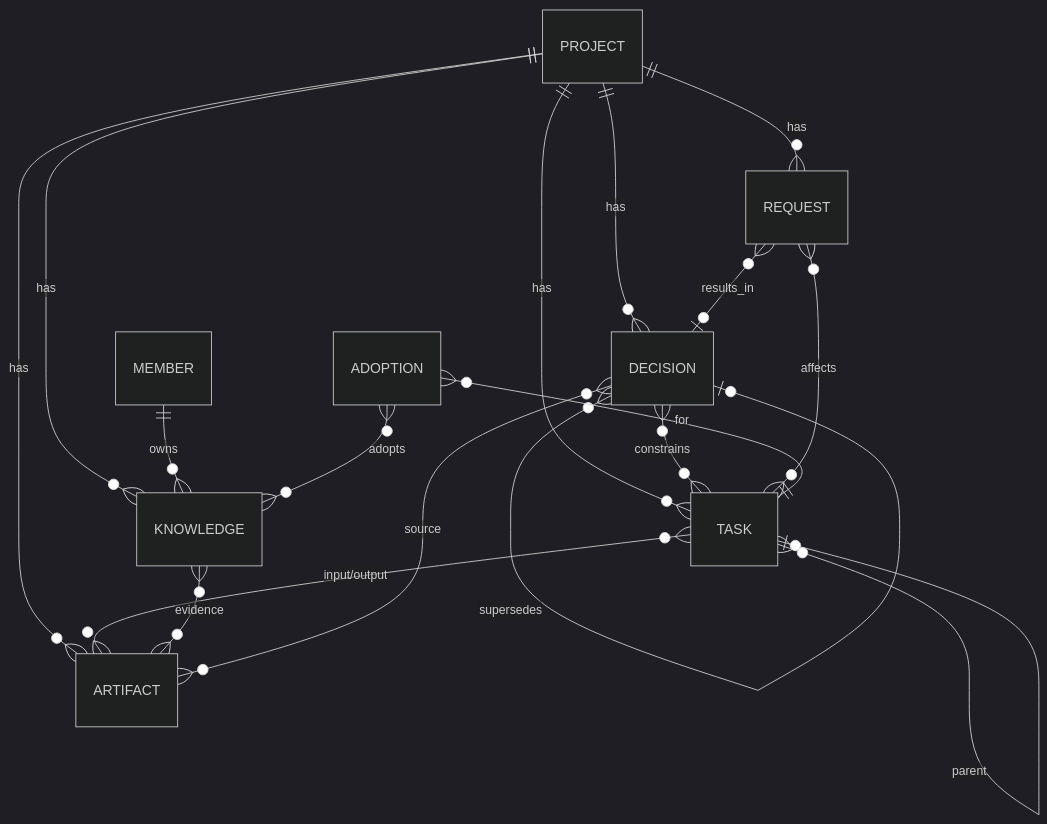
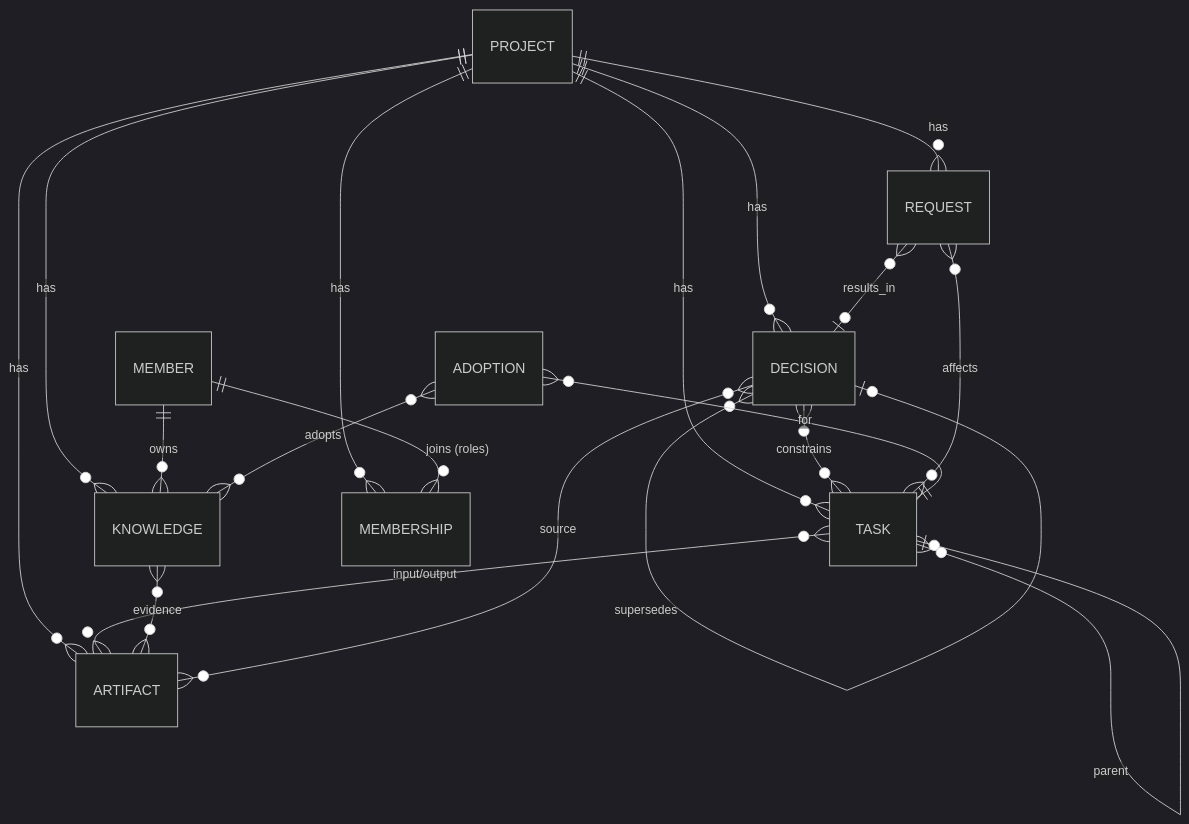
The second of 3 diagrams in docs/requirements.md (TomokiIshimine/act-teamwork), drawn with Mermaid (dark theme) before and after one commit. The commit also changed other lines of this file, not shown here.

````diff
--- a/docs/requirements.md
+++ b/docs/requirements.md
@@ -244,19 +271,21 @@
 ```mermaid
 erDiagram
     PROJECT ||--o{ DECISION : has
     PROJECT ||--o{ TASK : has
     PROJECT ||--o{ KNOWLEDGE : has
     PROJECT ||--o{ ARTIFACT : has
     PROJECT ||--o{ REQUEST : has
+    PROJECT ||--o{ MEMBERSHIP : has
+    MEMBER ||--o{ MEMBERSHIP : "joins (roles)"
     MEMBER ||--o{ KNOWLEDGE : owns
     DECISION }o--o{ TASK : constrains
     DECISION }o--o| DECISION : supersedes
     TASK }o--o| TASK : parent
     TASK }o--o{ ARTIFACT : "input/output"
     KNOWLEDGE }o--o{ ARTIFACT : evidence
     DECISION }o--o{ ARTIFACT : source
     REQUEST }o--o{ TASK : affects
     REQUEST }o--o| DECISION : results_in
     ADOPTION }o--|| TASK : for
     ADOPTION }o--o{ KNOWLEDGE : adopts
 ```
````
